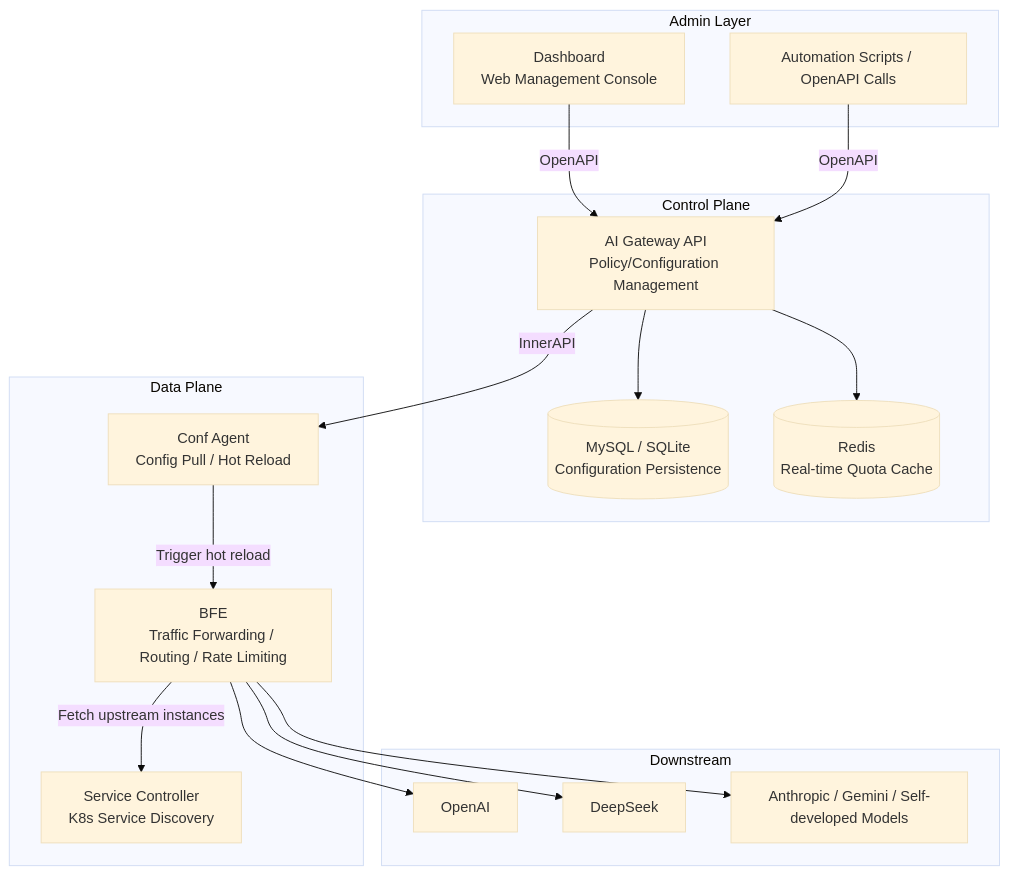
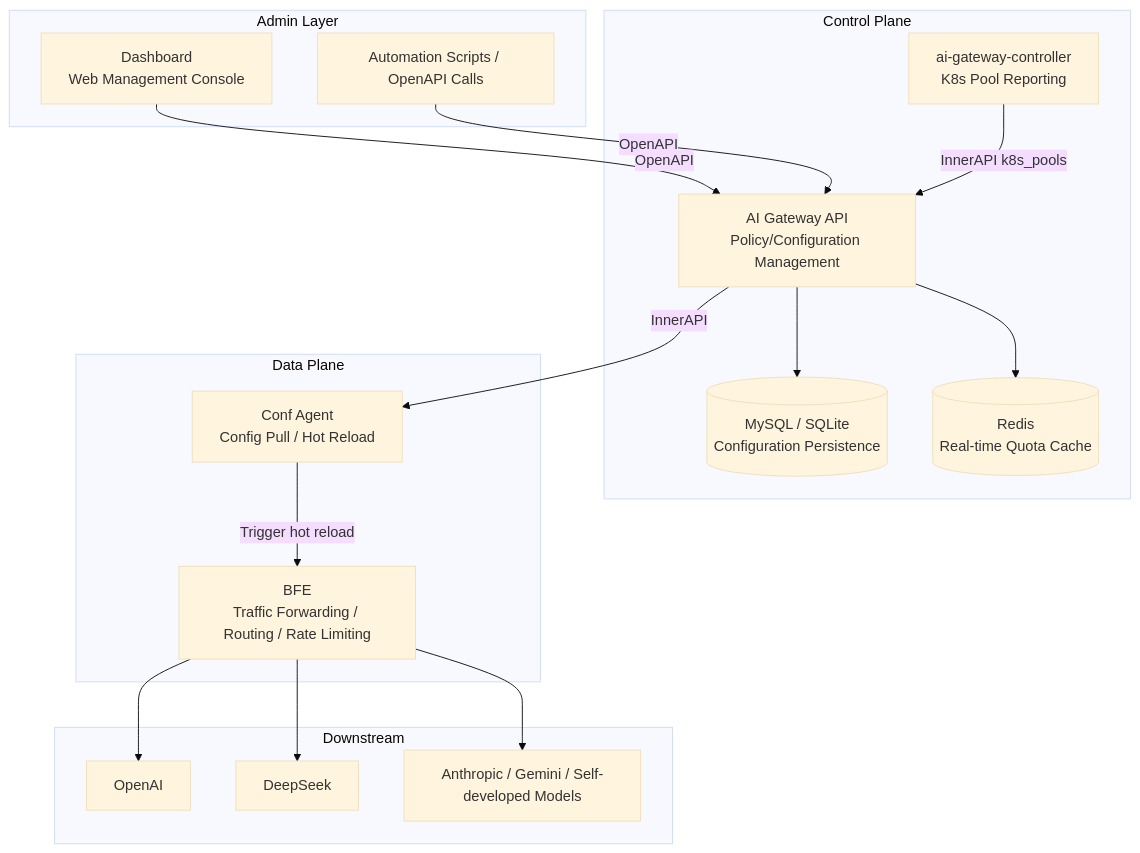
The first of 2 diagrams in en_us/background/chapter01-what-is-rainway-ai-gateway.md (mileszhang2016/rainway-book), drawn with Mermaid (base theme) before and after one commit. The commit also changed other lines of this file and 78 other files, not shown here.

Commit message:
docs: 全书对齐 v0.8.0 最新组件版本（Dashboard v0.0.11、新增 ai-gateway-controller v1.1.0；补充角色体系、批量任务、批量限流、EPP 运行时参数、K8s 池发现与错误契约等）（中英双语）

````diff
--- a/en_us/background/chapter01-what-is-rainway-ai-gateway.md
+++ b/en_us/background/chapter01-what-is-rainway-ai-gateway.md
@@ -101,36 +101,36 @@
 ```mermaid
 flowchart TB
     subgraph Admin Layer
         Dashboard["Dashboard<br/>Web Management Console"]
         Script["Automation Scripts / OpenAPI Calls"]
     end
 
     subgraph Control Plane
         API["AI Gateway API<br/>Policy/Configuration Management"]
         MySQL[("MySQL / SQLite<br/>Configuration Persistence")]
         Redis[("Redis<br/>Real-time Quota Cache")]
+        SC["ai-gateway-controller<br/>K8s Pool Reporting"]
     end
 
     subgraph Data Plane
         CA["Conf Agent<br/>Config Pull / Hot Reload"]
         BFE["BFE<br/>Traffic Forwarding / Routing / Rate Limiting"]
-        SC["Service Controller<br/>K8s Service Discovery"]
     end
 
     subgraph Downstream
         ProviderA["OpenAI"]
         ProviderB["DeepSeek"]
         ProviderC["Anthropic / Gemini / Self-developed Models"]
     end
 
     Dashboard -->|OpenAPI| API
     Script -->|OpenAPI| API
     API --> MySQL
     API --> Redis
+    SC -->|InnerAPI k8s_pools| API
     API -->|InnerAPI| CA
     CA -->|Trigger hot reload| BFE
-    BFE -->|Fetch upstream instances| SC
     BFE --> ProviderA
     BFE --> ProviderB
     BFE --> ProviderC
 ```
````
